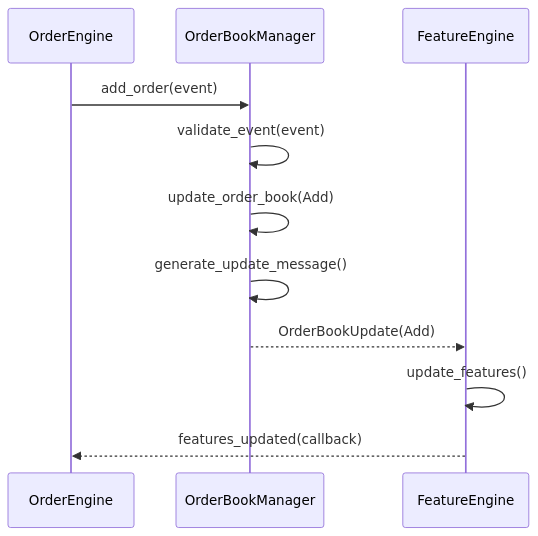
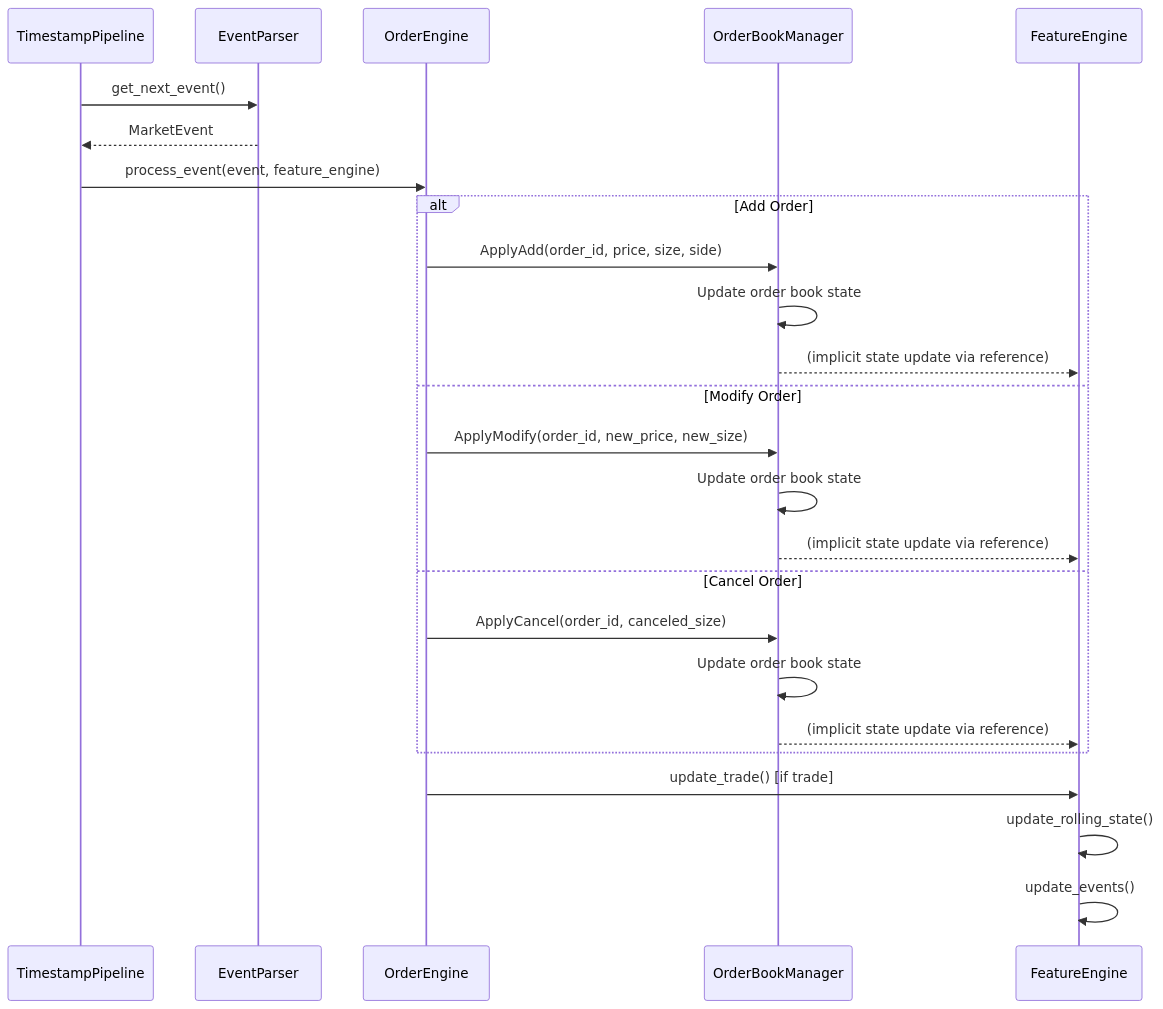
One commit to JackDamato/micro-regime-propogation changed the fifth of 9 diagrams in docs/architecture.md. Above: the diagram before and after it, drawn with Mermaid. The commit also changed other lines of this file and 136 other files, not shown here.

````diff
--- a/docs/architecture.md
+++ b/docs/architecture.md
@@ -250,14 +253,30 @@
 ```mermaid
 sequenceDiagram
+    participant T as TimestampPipeline
+    participant P as EventParser
     participant E as OrderEngine
     participant O as OrderBookManager
     participant F as FeatureEngine
+
+    T->>P: get_next_event()
+    P-->>T: MarketEvent
+    T->>E: process_event(event, feature_engine)
     
-    E->>O: add_order(event)
-    O->>O: validate_event(event)
-    O->>O: update_order_book(Add)
-    O->>O: generate_update_message()
-    O-->>F: OrderBookUpdate(Add)
-    F->>F: update_features()
-    F-->>E: features_updated(callback)
+    alt Add Order
+        E->>O: ApplyAdd(order_id, price, size, side)
+        O->>O: Update order book state
+        O-->>F: (implicit state update via reference)
+    else Modify Order
+        E->>O: ApplyModify(order_id, new_price, new_size)
+        O->>O: Update order book state
+        O-->>F: (implicit state update via reference)
+    else Cancel Order
+        E->>O: ApplyCancel(order_id, canceled_size)
+        O->>O: Update order book state
+        O-->>F: (implicit state update via reference)
+    end
+    
+    E->>F: update_trade() [if trade]
+    F->>F: update_rolling_state()
+    F->>F: update_events()
 ```
````
